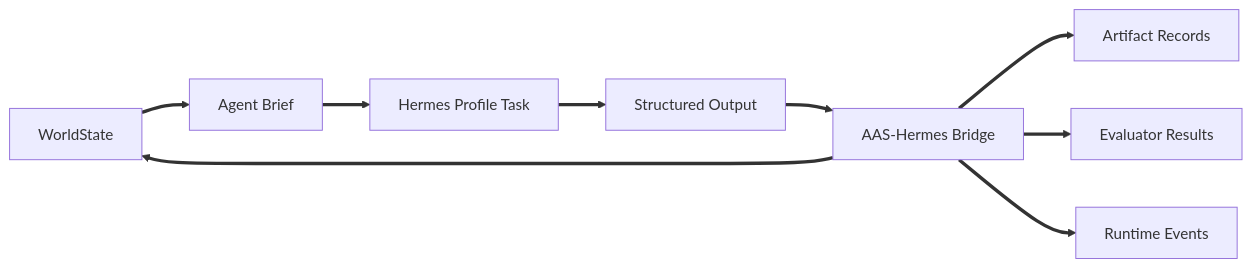
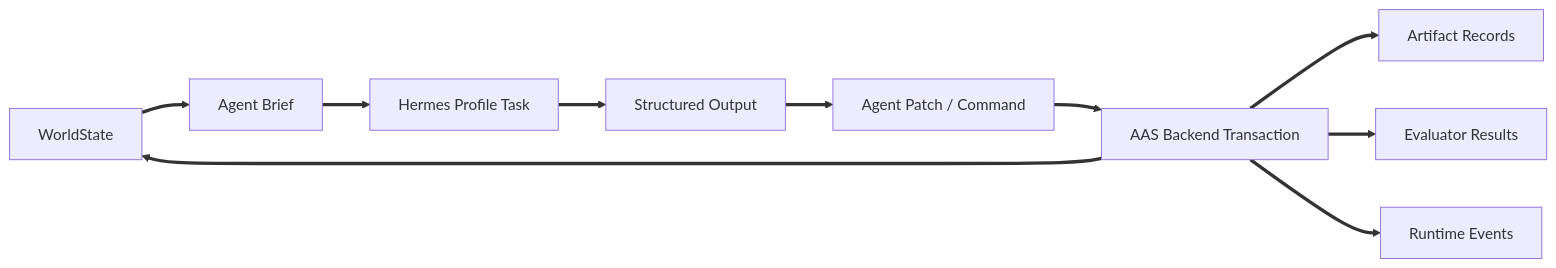
The second of 2 diagrams in content/chapter-2.2.md (nyandesigns0/openclaw-guide), drawn with Mermaid before and after one commit. The commit also changed other lines of this file and 12 other files, not shown here.

Commit message:
docs: update chapters 1.1, 1.2, 2.1, 2.2, and 3.1 to refine A.A.S. Field Runtime architecture, enhance design ontology, and clarify workspace functionalities

````diff
--- a/content/chapter-2.2.md
+++ b/content/chapter-2.2.md
@@ -78,12 +92,13 @@
 ```mermaid
 %%{init: {'flowchart': {'arrowMarkerSize': 1.5}}}%%
 flowchart LR
     WS[WorldState] ==> BR[Agent Brief]
     BR ==> AG[Hermes Profile Task]
     AG ==> OUT[Structured Output]
-    OUT ==> EX[AAS-Hermes Bridge]
+    OUT ==> PT[Agent Patch / Command]
+    PT ==> EX[AAS Backend Transaction]
     EX ==> ART[Artifact Records]
     EX ==> EV[Evaluator Results]
     EX ==> EVT[Runtime Events]
     EX ==> WS
 ```
````
